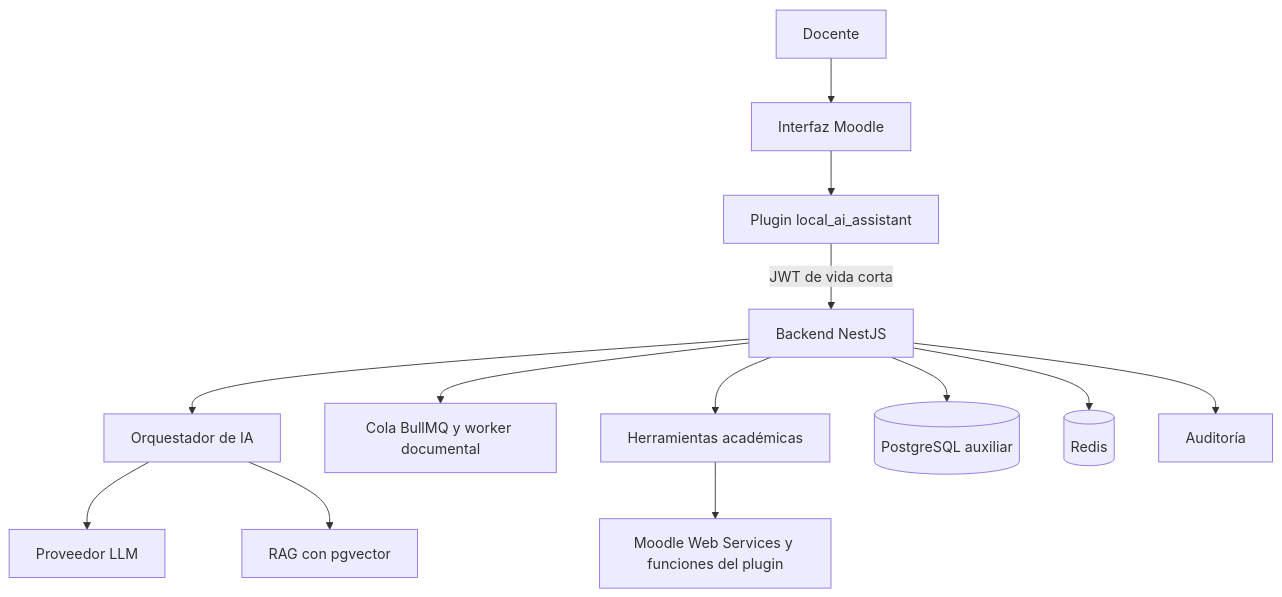
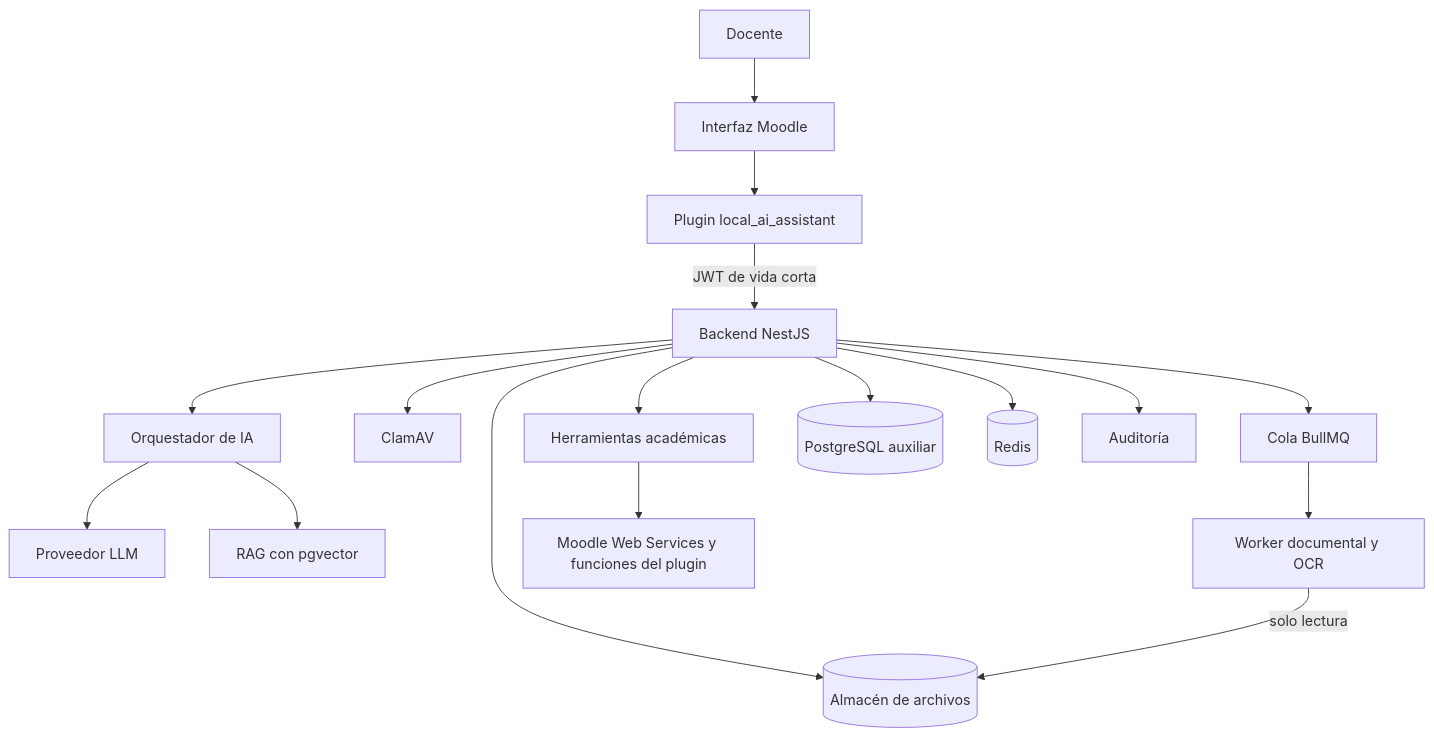
Before and after one commit to kiramman-mp3/sistema-gestion-aprendizaje-IA: the diagram in README.md, drawn with Mermaid. The commit also changed other lines of this file, not shown here.

````diff
--- a/README.md
+++ b/README.md
@@ -106,15 +114,19 @@
 ```mermaid
 graph TD
     D[Docente] --> M[Interfaz Moodle]
     M --> P[Plugin local_ai_assistant]
     P -->|JWT de vida corta| B[Backend NestJS]
     B --> A[Orquestador de IA]
     A --> L[Proveedor LLM]
     A --> R[RAG con pgvector]
-    B --> Q[Cola BullMQ y worker documental]
+    B --> AV[ClamAV]
+    B --> FS[(Almacén de archivos)]
+    B --> Q[Cola BullMQ]
+    Q --> DW[Worker documental y OCR]
+    DW -->|solo lectura| FS
     B --> T[Herramientas académicas]
     T --> W[Moodle Web Services y funciones del plugin]
     B --> AUX[(PostgreSQL auxiliar)]
     B --> RD[(Redis)]
     B --> AUD[Auditoría]
 ```
````
